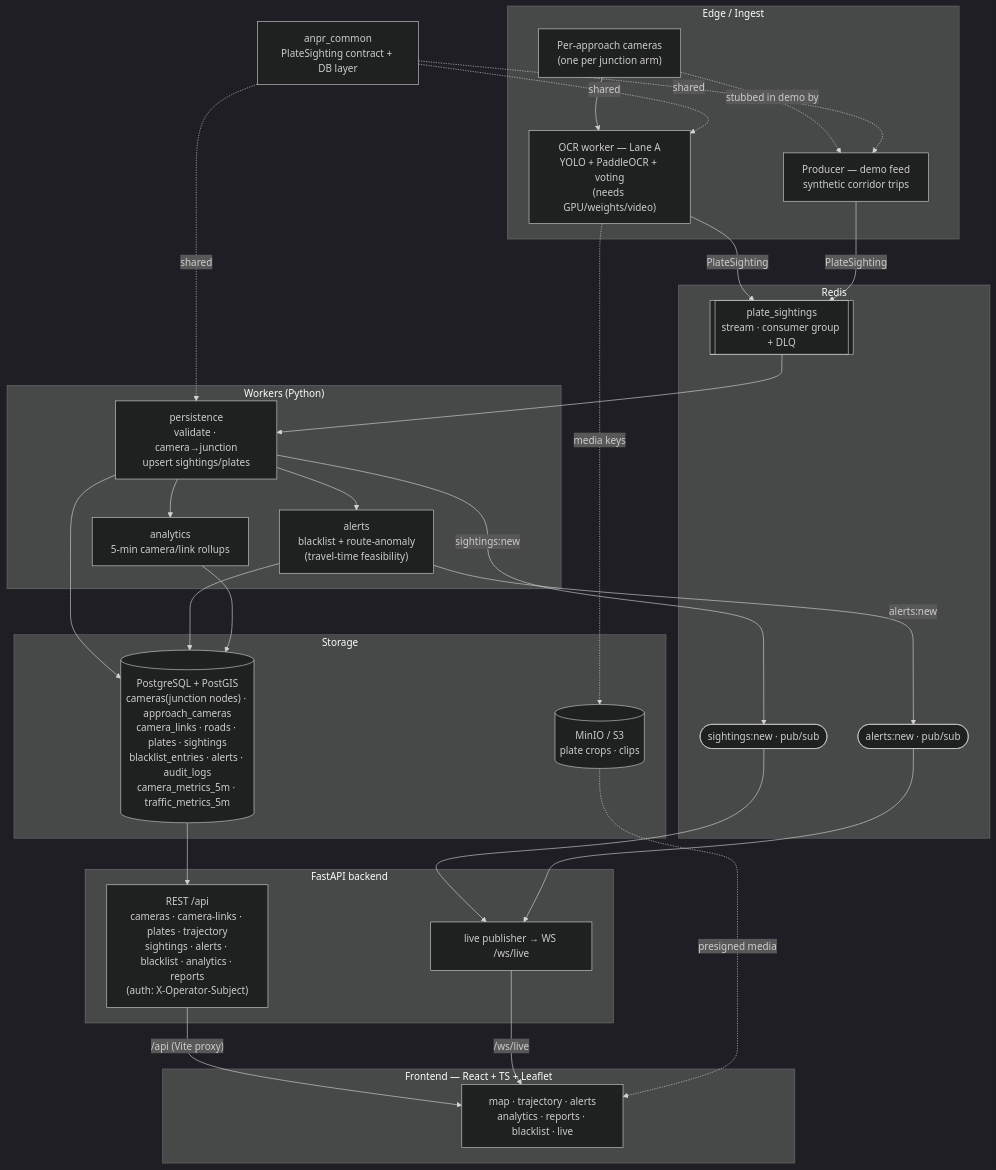
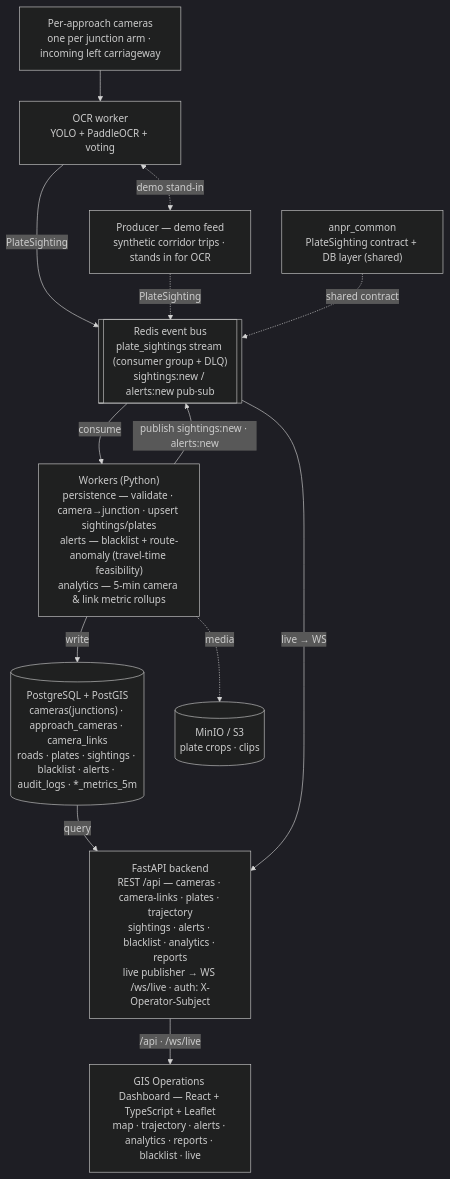
One commit to AadityaKhurana/sih-internal-round changed the diagram in docs/architecture.md. Above: the diagram before and after it, drawn with Mermaid (dark theme). The commit also changed other lines of this file, not shown here.

Commit message:
docs: sync architecture.md Mermaid to the updated draw.io design (single Redis node, workers as one block, contract→Redis, workers→S3 media, Redis→API live)

````diff
--- a/docs/architecture.md
+++ b/docs/architecture.md
@@ -10,64 +9,26 @@
 ```mermaid
 flowchart TB
-  subgraph EDGE["Edge / Ingest"]
-    CAMS["Per-approach cameras<br/>(one per junction arm)"]
-    OCR["OCR worker — Lane A<br/>YOLO + PaddleOCR + voting<br/>(needs GPU/weights/video)"]
-    PROD["Producer — demo feed<br/>synthetic corridor trips"]
-    CAMS --> OCR
-    CAMS -. "stubbed in demo by" .-> PROD
-  end
+  CAMS["Per-approach cameras<br/>one per junction arm · incoming left carriageway"]
+  OCR["OCR worker<br/>YOLO + PaddleOCR + voting"]
+  PROD["Producer — demo feed<br/>synthetic corridor trips · stands in for OCR"]
+  REDIS[["Redis event bus<br/>plate_sightings stream (consumer group + DLQ)<br/>sightings:new / alerts:new pub·sub"]]
+  WORK["Workers (Python)<br/>persistence — validate · camera→junction · upsert sightings/plates<br/>alerts — blacklist + route-anomaly (travel-time feasibility)<br/>analytics — 5-min camera & link metric rollups"]
+  PG[("PostgreSQL + PostGIS<br/>cameras(junctions) · approach_cameras · camera_links<br/>roads · plates · sightings · blacklist · alerts · audit_logs · *_metrics_5m")]
+  S3[("MinIO / S3<br/>plate crops · clips")]
+  API["FastAPI backend<br/>REST /api — cameras · camera-links · plates · trajectory<br/>sightings · alerts · blacklist · analytics · reports<br/>live publisher → WS /ws/live · auth: X-Operator-Subject"]
+  UI["GIS Operations Dashboard — React + TypeScript + Leaflet<br/>map · trajectory · alerts · analytics · reports · blacklist · live"]
+  CONTRACT["anpr_common<br/>PlateSighting contract + DB layer (shared)"]
 
-  subgraph BUS["Redis"]
-    STREAM[["plate_sightings<br/>stream · consumer group + DLQ"]]
-    CH1(["sightings:new · pub/sub"])
-    CH2(["alerts:new · pub/sub"])
-  end
-
-  OCR -- PlateSighting --> STREAM
-  PROD -- PlateSighting --> STREAM
-
-  subgraph WORK["Workers (Python)"]
-    PERS["persistence<br/>validate · camera→junction<br/>upsert sightings/plates"]
-    ALRT["alerts<br/>blacklist + route-anomaly<br/>(travel-time feasibility)"]
-    ANAL["analytics<br/>5-min camera/link rollups"]
-  end
-
-  STREAM --> PERS
-  PERS -- sightings:new --> CH1
-  PERS --> ALRT
-  ALRT -- alerts:new --> CH2
-  PERS --> ANAL
-
-  subgraph STORE["Storage"]
-    PG[("PostgreSQL + PostGIS<br/>cameras(junction nodes) · approach_cameras<br/>camera_links · roads · plates · sightings<br/>blacklist_entries · alerts · audit_logs<br/>camera_metrics_5m · traffic_metrics_5m")]
-    S3[("MinIO / S3<br/>plate crops · clips")]
-  end
-
-  PERS --> PG
-  ALRT --> PG
-  ANAL --> PG
-  OCR -. media keys .-> S3
-
-  subgraph APP["FastAPI backend"]
-    REST["REST /api<br/>cameras · camera-links · plates · trajectory<br/>sightings · alerts · blacklist · analytics · reports<br/>(auth: X-Operator-Subject)"]
-    WSP["live publisher → WS /ws/live"]
-  end
-
-  PG --> REST
-  CH1 --> WSP
-  CH2 --> WSP
-
-  subgraph FE["Frontend — React + TS + Leaflet"]
-    UI["map · trajectory · alerts<br/>analytics · reports · blacklist · live"]
-  end
-
-  REST -->|"/api (Vite proxy)"| UI
-  WSP -->|"/ws/live"| UI
-
-  CONTRACT["anpr_common<br/>PlateSighting contract + DB layer"]
-  CONTRACT -. shared .-> OCR
-  CONTRACT -. shared .-> PROD
-  CONTRACT -. shared .-> PERS
-
-  S3 -. presigned media .-> UI
+  CAMS --> OCR
+  OCR <-. "demo stand-in" .-> PROD
+  OCR -- PlateSighting --> REDIS
+  PROD -. PlateSighting .-> REDIS
+  CONTRACT -. "shared contract" .-> REDIS
+  REDIS -- consume --> WORK
+  WORK -- "publish sightings:new · alerts:new" --> REDIS
+  WORK -- write --> PG
+  WORK -. media .-> S3
+  PG -- query --> API
+  REDIS -- "live → WS" --> API
+  API -- "/api · /ws/live" --> UI
 ```
````
